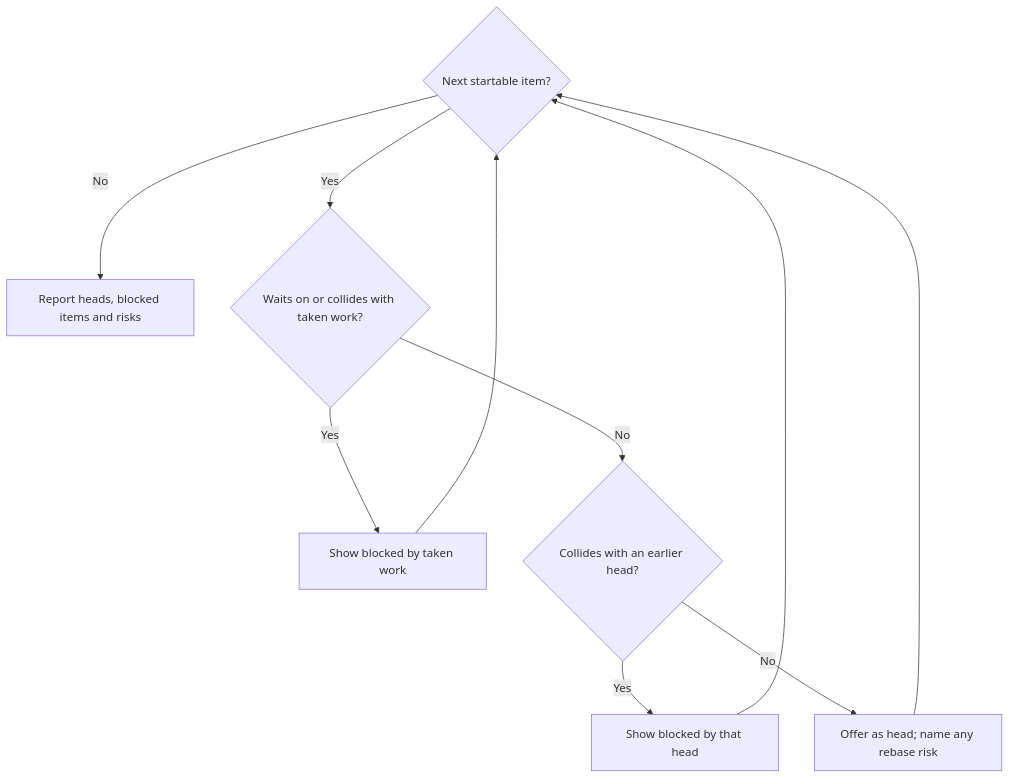
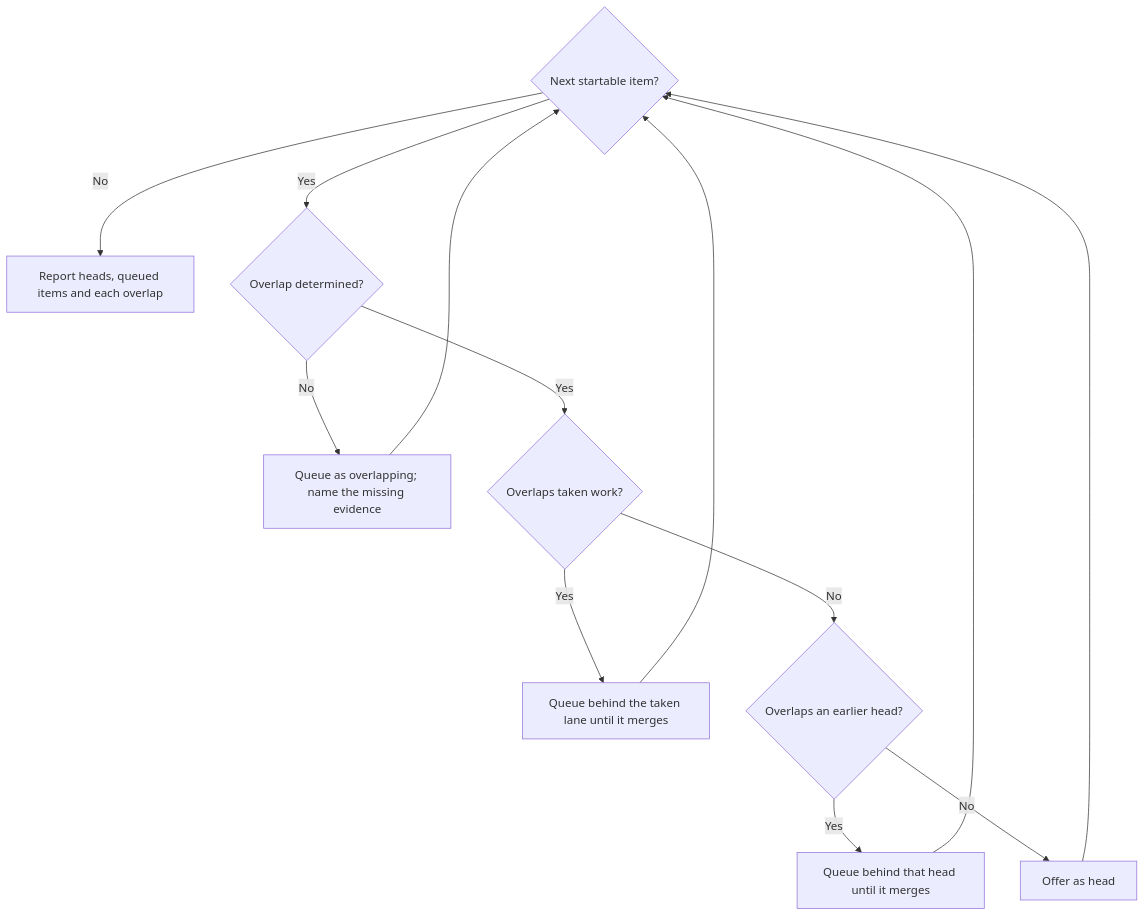
One commit to RLittlesII/agents changed the first of 2 diagrams in skills/next/.spec/README.md. Above: the diagram before and after it, drawn with Mermaid. The commit also changed other lines of this file and 16 other files, not shown here.

````diff
--- a/skills/next/.spec/README.md
+++ b/skills/next/.spec/README.md
@@ -239,12 +243,15 @@
 ```mermaid
 flowchart TD
-  Next{Next startable item?} -->|No| Done[Report heads, blocked items and risks]
-  Next -->|Yes| Taken{Waits on or collides with taken work?}
-  Taken -->|Yes| Block[Show blocked by taken work]
-  Taken -->|No| Head{Collides with an earlier head?}
-  Head -->|Yes| Behind[Show blocked by that head]
-  Head -->|No| Offer[Offer as head; name any rebase risk]
+  Next{Next startable item?} -->|No| Done[Report heads, queued items and each overlap]
+  Next -->|Yes| Known{Overlap determined?}
+  Known -->|No| Unknown[Queue as overlapping; name the missing evidence]
+  Known -->|Yes| Taken{Overlaps taken work?}
+  Taken -->|Yes| Block[Queue behind the taken lane until it merges]
+  Taken -->|No| Head{Overlaps an earlier head?}
+  Head -->|Yes| Behind[Queue behind that head until it merges]
+  Head -->|No| Offer[Offer as head]
+  Unknown --> Next
   Block --> Next
   Behind --> Next
   Offer --> Next
 ```
````
